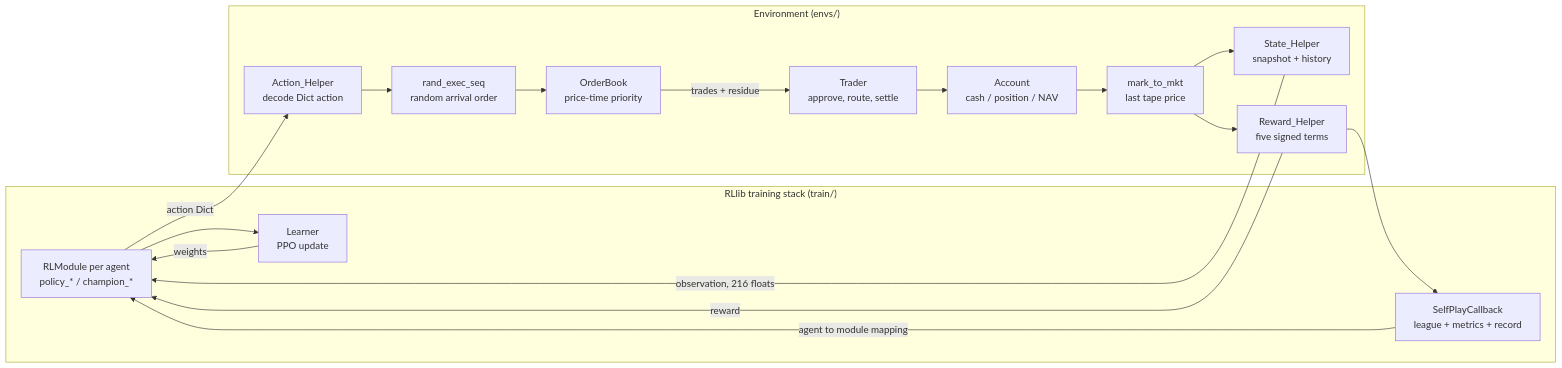
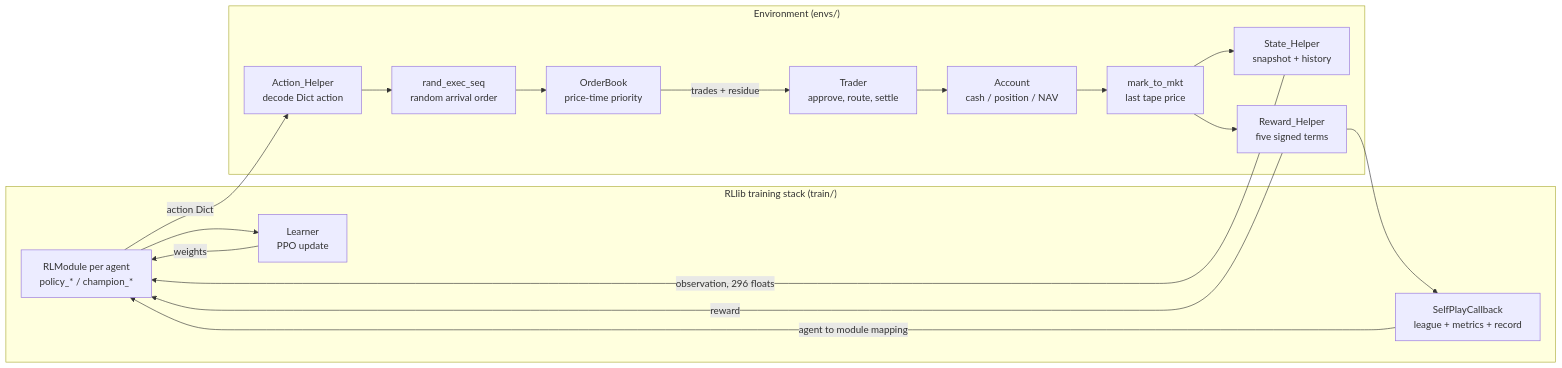
The first of 2 diagrams in README.md (ChuaCheowHuan/gym-continuousDoubleAuction), drawn with Mermaid before and after one commit. The commit also changed other lines of this file and 25 other files, not shown here.

````diff
--- a/README.md
+++ b/README.md
@@ -16,33 +16,33 @@
 ```mermaid
 flowchart LR
     subgraph RL["RLlib training stack (train/)"]
         POL["RLModule per agent<br/>policy_* / champion_*"]
         LRN["Learner<br/>PPO update"]
         CB["SelfPlayCallback<br/>league + metrics + record"]
     end
 
     subgraph ENV["Environment (envs/)"]
         ACT["Action_Helper<br/>decode Dict action"]
         SHUF["rand_exec_seq<br/>random arrival order"]
         LOB["OrderBook<br/>price-time priority"]
         TRD["Trader<br/>approve, route, settle"]
         ACC["Account<br/>cash / position / NAV"]
         MTM["mark_to_mkt<br/>last tape price"]
         OBS["State_Helper<br/>snapshot + history"]
         REW["Reward_Helper<br/>five signed terms"]
     end
 
     POL -->|"action Dict"| ACT
     ACT --> SHUF --> LOB
     LOB -->|"trades + residue"| TRD
     TRD --> ACC
     ACC --> MTM
     MTM --> OBS
     MTM --> REW
-    OBS -->|"observation, 216 floats"| POL
+    OBS -->|"observation, 296 floats"| POL
     REW -->|"reward"| POL
     REW --> CB
     CB -->|"agent to module mapping"| POL
     POL --> LRN
     LRN -->|"weights"| POL
 ```
````
